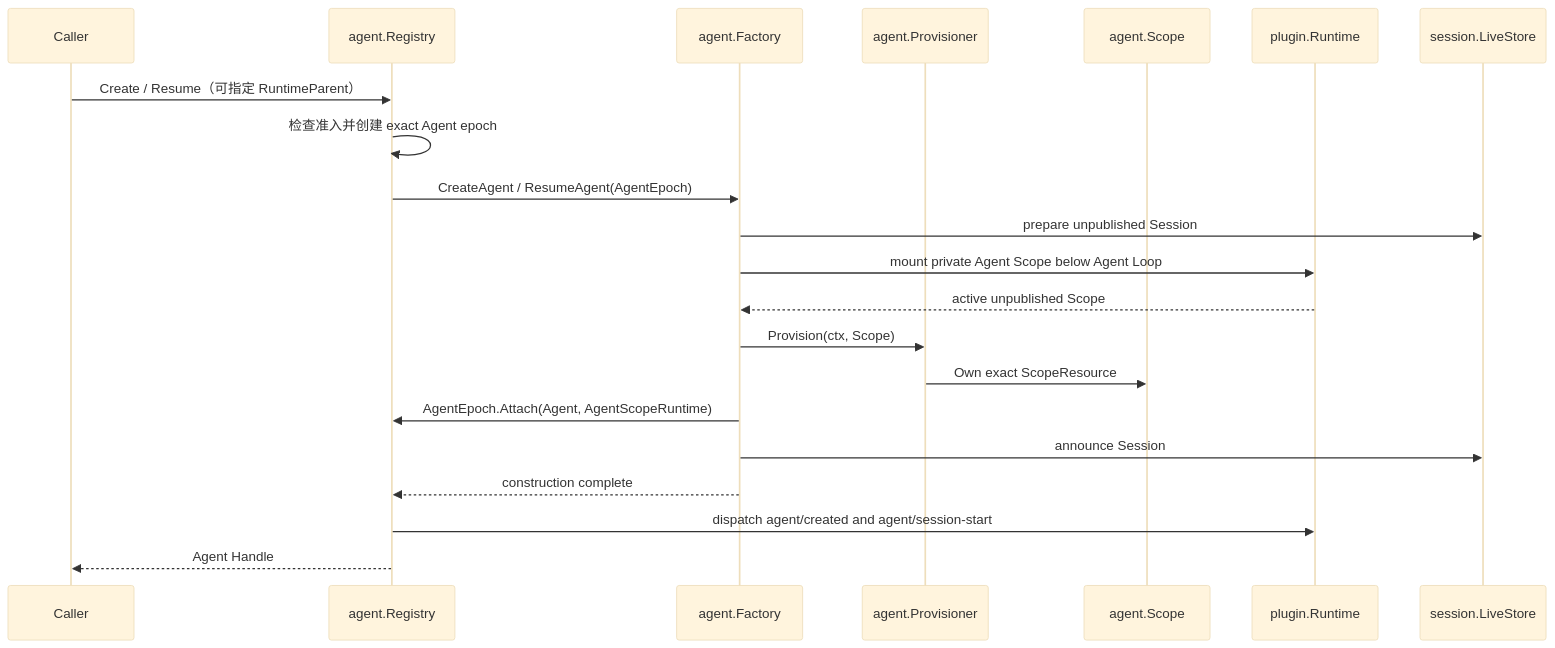
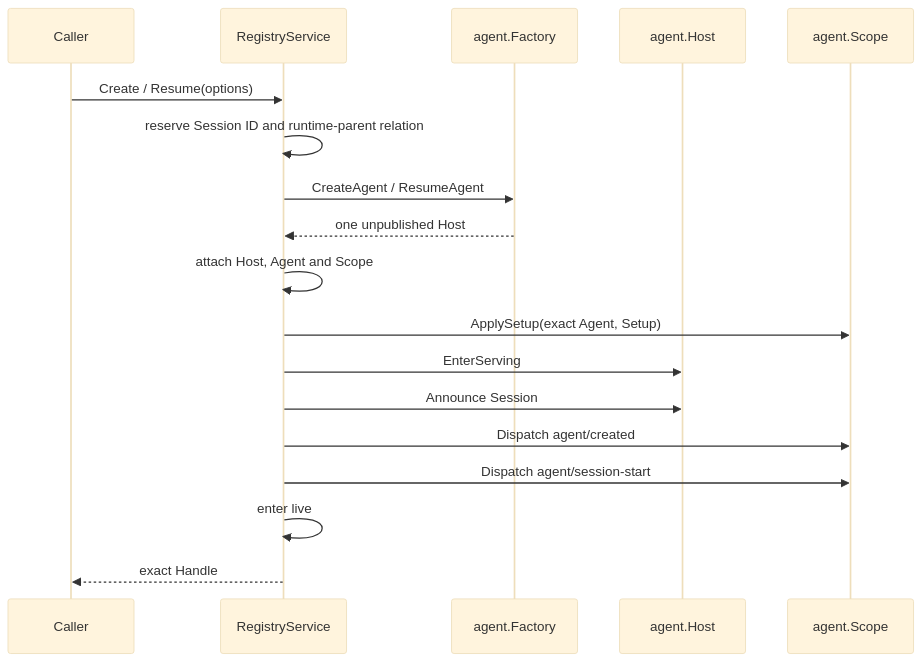
Before and after one commit to gorenx/goren: the diagram in agent/README.zh-CN.md, drawn with Mermaid (base theme). The commit also changed other lines of this file and 29 other files, not shown here.

Commit message:
docs(agent): record plugin-neutral lifecycle design

````diff
--- a/agent/README.zh-CN.md
+++ b/agent/README.zh-CN.md
@@ -30,24 +24,21 @@
 ```mermaid
 sequenceDiagram
-    participant Caller as Caller
-    participant Registry as agent.Registry
+    participant Caller
+    participant Registry as RegistryService
     participant Factory as agent.Factory
-    participant Provisioner as agent.Provisioner
+    participant Host as agent.Host
     participant Scope as agent.Scope
-    participant Runtime as plugin.Runtime
-    participant Session as session.LiveStore
 
-    Caller->>Registry: Create / Resume（可指定 RuntimeParent）
-    Registry->>Registry: 检查准入并创建 exact Agent epoch
-    Registry->>Factory: CreateAgent / ResumeAgent(AgentEpoch)
-    Factory->>Session: prepare unpublished Session
-    Factory->>Runtime: mount private Agent Scope below Agent Loop
-    Runtime-->>Factory: active unpublished Scope
-    Factory->>Provisioner: Provision(ctx, Scope)
-    Provisioner->>Scope: Own exact ScopeResource
-    Factory->>Registry: AgentEpoch.Attach(Agent, AgentScopeRuntime)
-    Factory->>Session: announce Session
-    Factory-->>Registry: construction complete
-    Registry->>Runtime: dispatch agent/created and agent/session-start
-    Registry-->>Caller: Agent Handle
+    Caller->>Registry: Create / Resume(options)
+    Registry->>Registry: reserve Session ID and runtime-parent relation
+    Registry->>Factory: CreateAgent / ResumeAgent
+    Factory-->>Registry: one unpublished Host
+    Registry->>Registry: attach Host, Agent and Scope
+    Registry->>Scope: ApplySetup(exact Agent, Setup)
+    Registry->>Host: EnterServing
+    Registry->>Host: Announce Session
+    Registry->>Scope: Dispatch agent/created
+    Registry->>Scope: Dispatch agent/session-start
+    Registry->>Registry: enter live
+    Registry-->>Caller: exact Handle
 ```
````
